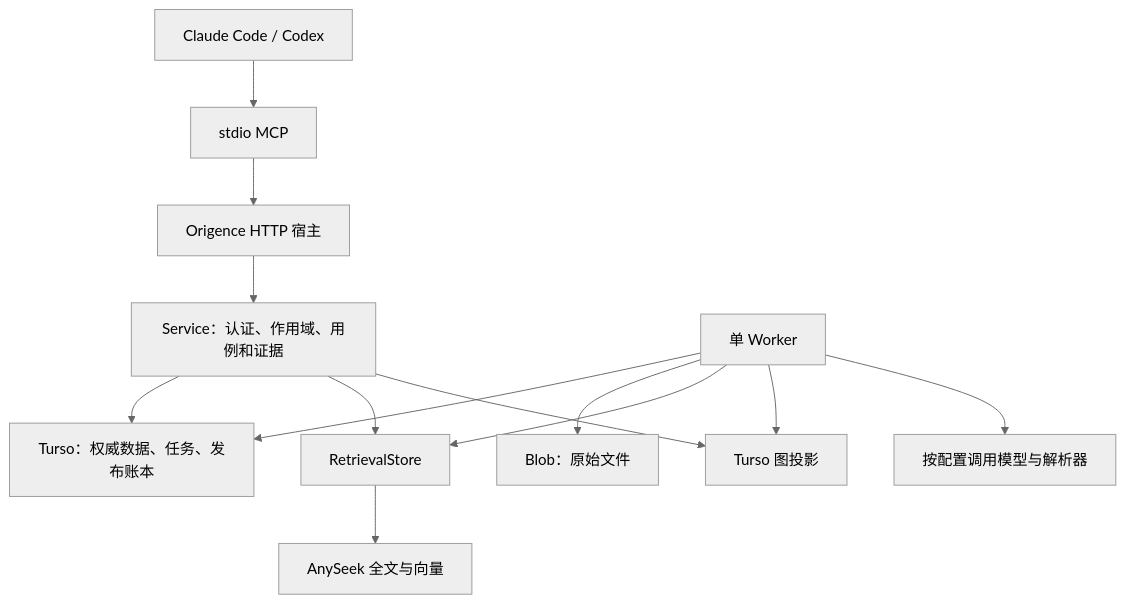
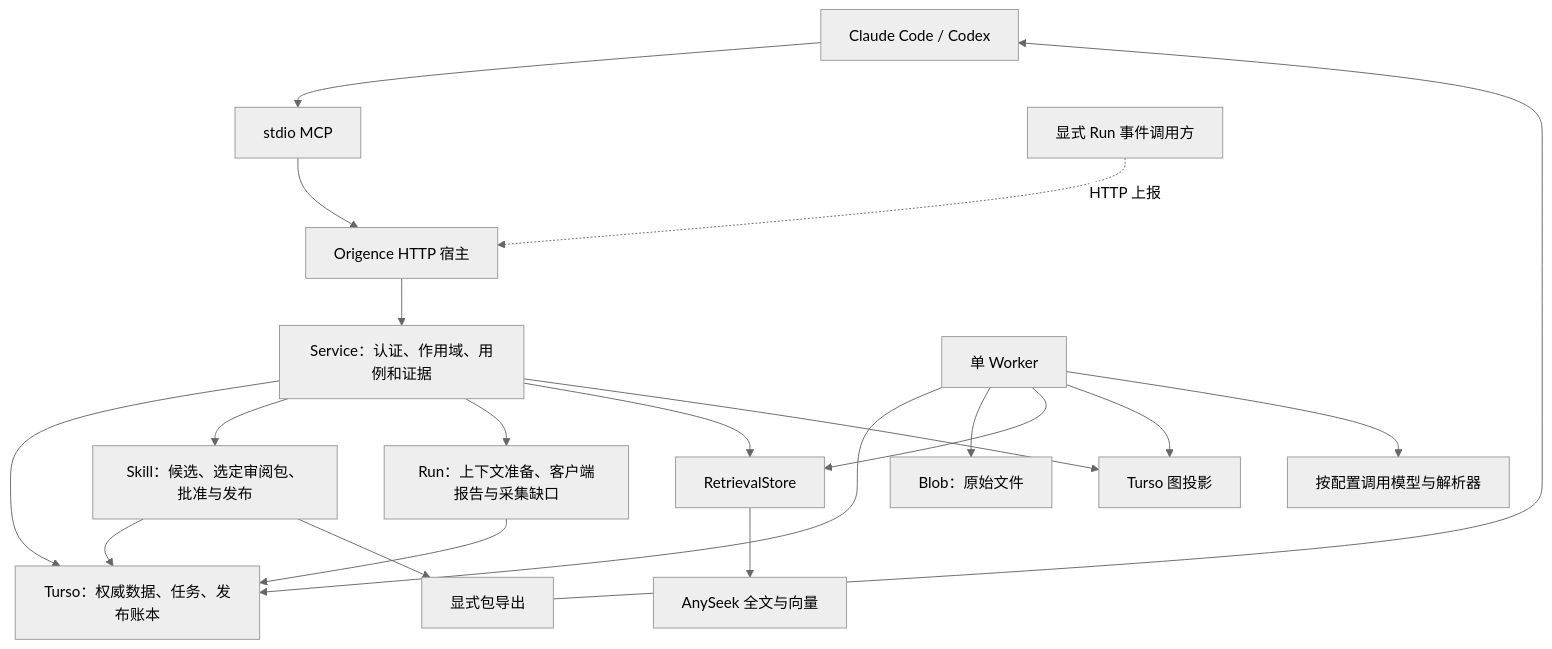
The diagram in docs/design/current-implementation.md (TheLudlows/Origence), drawn with Mermaid (neutral theme) before and after one commit. The commit also changed other lines of this file and 24 other files, not shown here.

````diff
--- a/docs/design/current-implementation.md
+++ b/docs/design/current-implementation.md
@@ -18,15 +18,22 @@
 ```mermaid
 flowchart TD
     C[Claude Code / Codex] --> M[stdio MCP]
     M --> H[Origence HTTP 宿主]
     H --> S[Service：认证、作用域、用例和证据]
     S --> A[Turso：权威数据、任务、发布账本]
+    S --> K[Skill：候选、选定审阅包、批准与发布]
+    K --> A
+    K --> E[显式包导出]
+    E --> C
+    S --> O[Run：上下文准备、客户端报告与采集缺口]
+    O --> A
+    X[显式 Run 事件调用方] -. HTTP 上报 .-> H
     W[单 Worker] --> A
     W --> B[Blob：原始文件]
     W --> R[RetrievalStore]
     S --> R
     R --> F[AnySeek 全文与向量]
     W --> G[Turso 图投影]
     S --> G
     W --> P[按配置调用模型与解析器]
 ```
````
